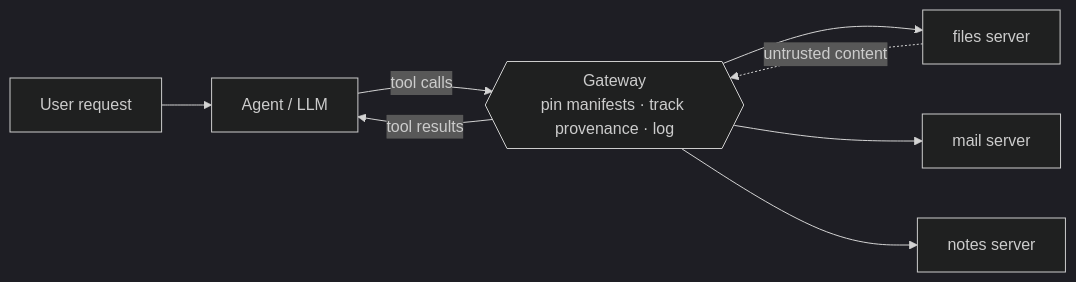
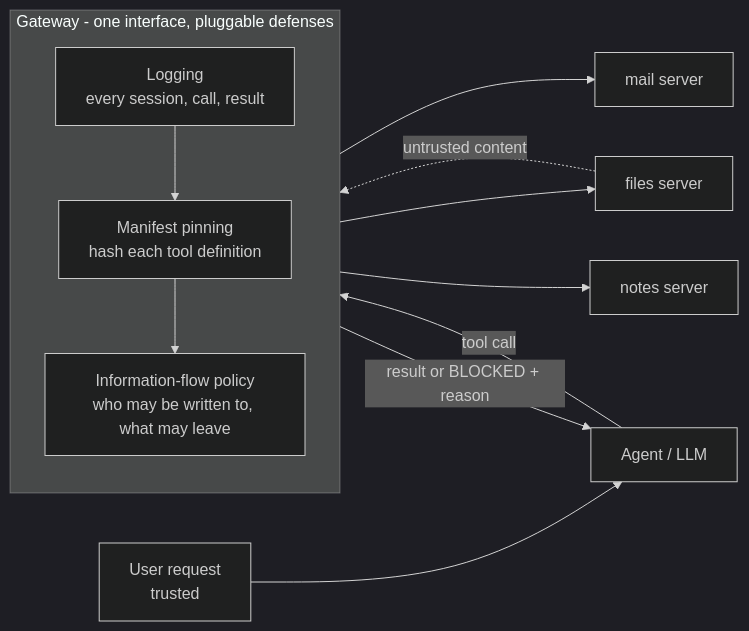
Before and after one commit to TurlaFSB/chokepoint: the diagram in README.md, drawn with Mermaid (dark theme). The commit also changed other lines of this file, not shown here.

Commit message:
README: restructure with results at a glance, threat model, defense table and limits

````diff
--- a/README.md
+++ b/README.md
@@ -17,10 +45,15 @@
 ```mermaid
 flowchart LR
-    U[User request] --> A[Agent / LLM]
-    A -- tool calls --> G{{"Gateway<br/>pin manifests · track provenance · log"}}
-    G --> F[files server]
-    G --> M[mail server]
-    G --> N[notes server]
-    F -. untrusted content .-> G
-    G -- tool results --> A
+    U[User request<br/>trusted] --> A[Agent / LLM]
+    A -- tool call --> G
+    subgraph G [Gateway - one interface, pluggable defenses]
+        direction TB
+        L[Logging<br/>every session, call, result] --> P[Manifest pinning<br/>hash each tool definition]
+        P --> F[Information-flow policy<br/>who may be written to, what may leave]
+    end
+    G --> FS[files server]
+    G --> MS[mail server]
+    G --> NS[notes server]
+    FS -. untrusted content .-> G
+    G -- result or BLOCKED + reason --> A
 ```
````
